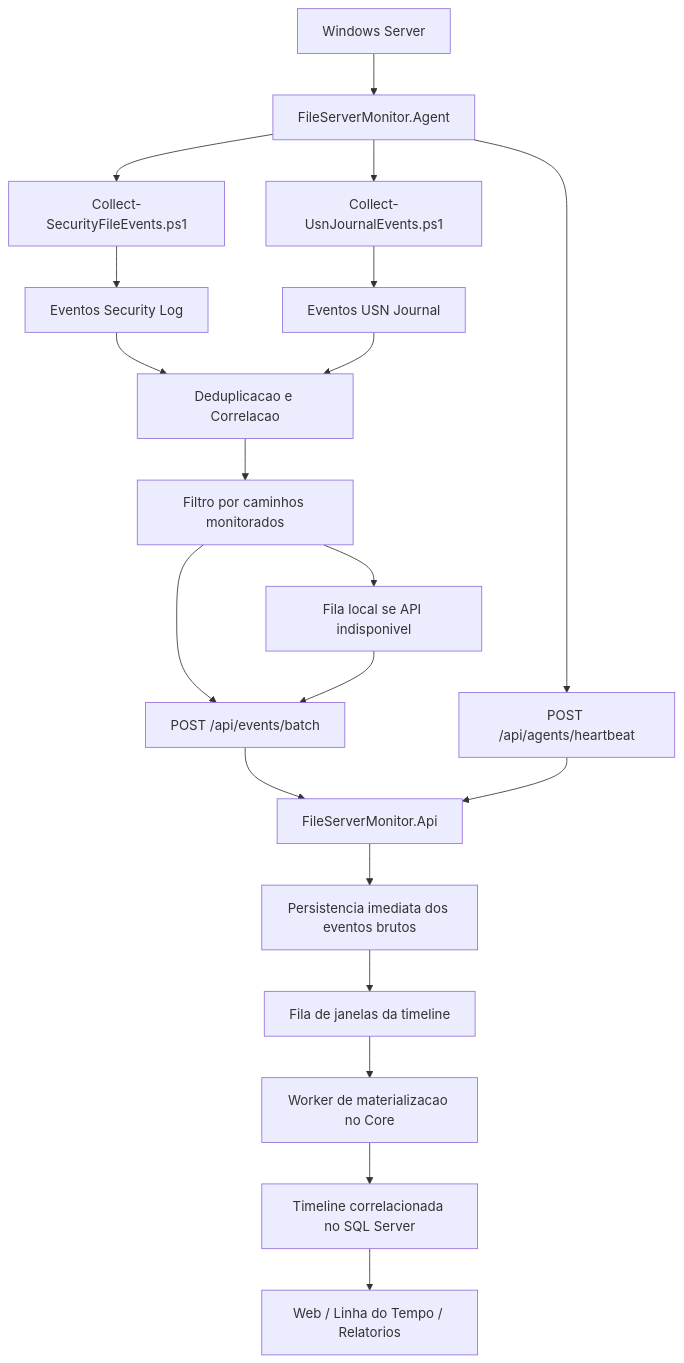
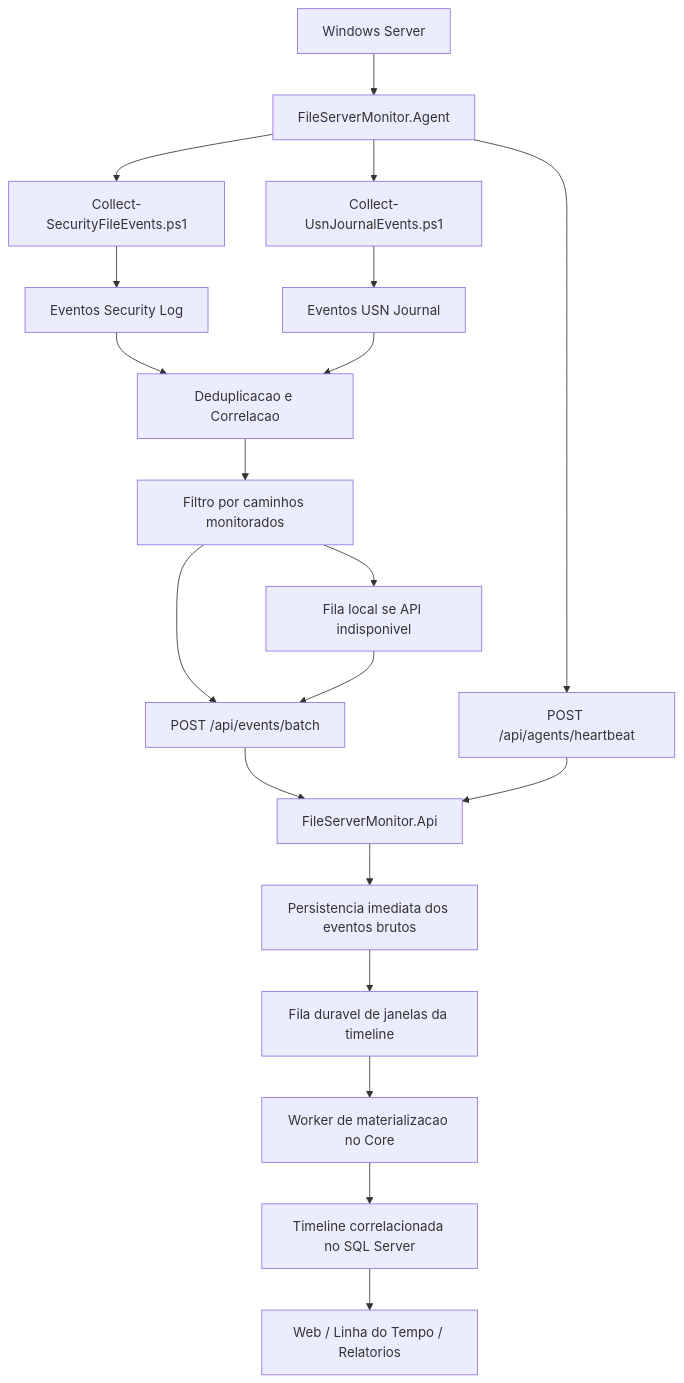
The diagram in docs/coleta-envio-agente-api.md (anphibio/FileServer), drawn with Mermaid before and after one commit. The commit also changed other lines of this file and 5 other files, not shown here.

Commit message:
feat: persist timeline materialization queue

````diff
--- a/docs/coleta-envio-agente-api.md
+++ b/docs/coleta-envio-agente-api.md
@@ -504,22 +504,22 @@
 ```mermaid
 flowchart TD
     A["Windows Server"] --> B["FileServerMonitor.Agent"]
     B --> C["Collect-SecurityFileEvents.ps1"]
     B --> D["Collect-UsnJournalEvents.ps1"]
     C --> E["Eventos Security Log"]
     D --> F["Eventos USN Journal"]
     E --> G["Deduplicacao e Correlacao"]
     F --> G
     G --> H["Filtro por caminhos monitorados"]
     H --> I["Fila local se API indisponivel"]
     H --> J["POST /api/events/batch"]
     I --> J
     B --> K["POST /api/agents/heartbeat"]
     J --> L["FileServerMonitor.Api"]
     K --> L
     L --> M["Persistencia imediata dos eventos brutos"]
-    M --> O["Fila de janelas da timeline"]
+    M --> O["Fila duravel de janelas da timeline"]
     O --> P["Worker de materializacao no Core"]
     P --> Q["Timeline correlacionada no SQL Server"]
     Q --> N["Web / Linha do Tempo / Relatorios"]
 ```
````
